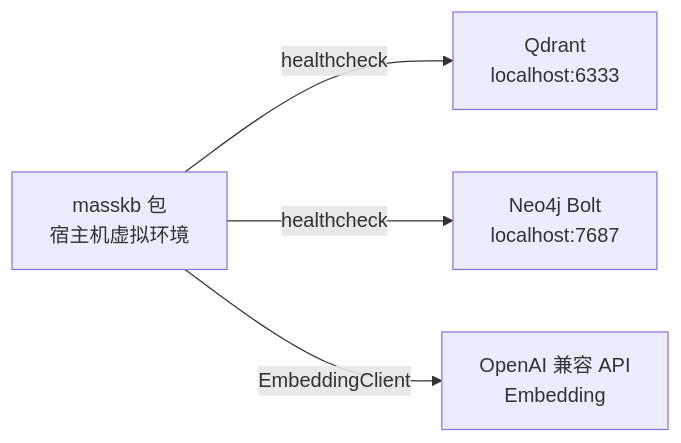
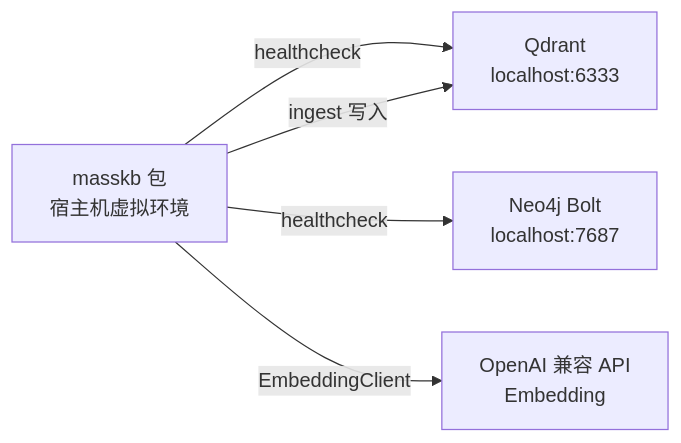
The diagram in README.md (bgwealth2027/masskb), drawn with Mermaid before and after one commit. The commit also changed other lines of this file and 7 other files, not shown here.

````diff
--- a/README.md
+++ b/README.md
@@ -42,11 +42,12 @@
 ```mermaid
 flowchart LR
   pkg["masskb 包\n宿主机虚拟环境"]
   qdrant["Qdrant\nlocalhost:6333"]
   neo4j["Neo4j Bolt\nlocalhost:7687"]
   api["OpenAI 兼容 API\nEmbedding"]
 
   pkg -->|"healthcheck"| qdrant
+  pkg -->|"ingest 写入"| qdrant
   pkg -->|"healthcheck"| neo4j
   pkg -->|"EmbeddingClient"| api
 ```
````
